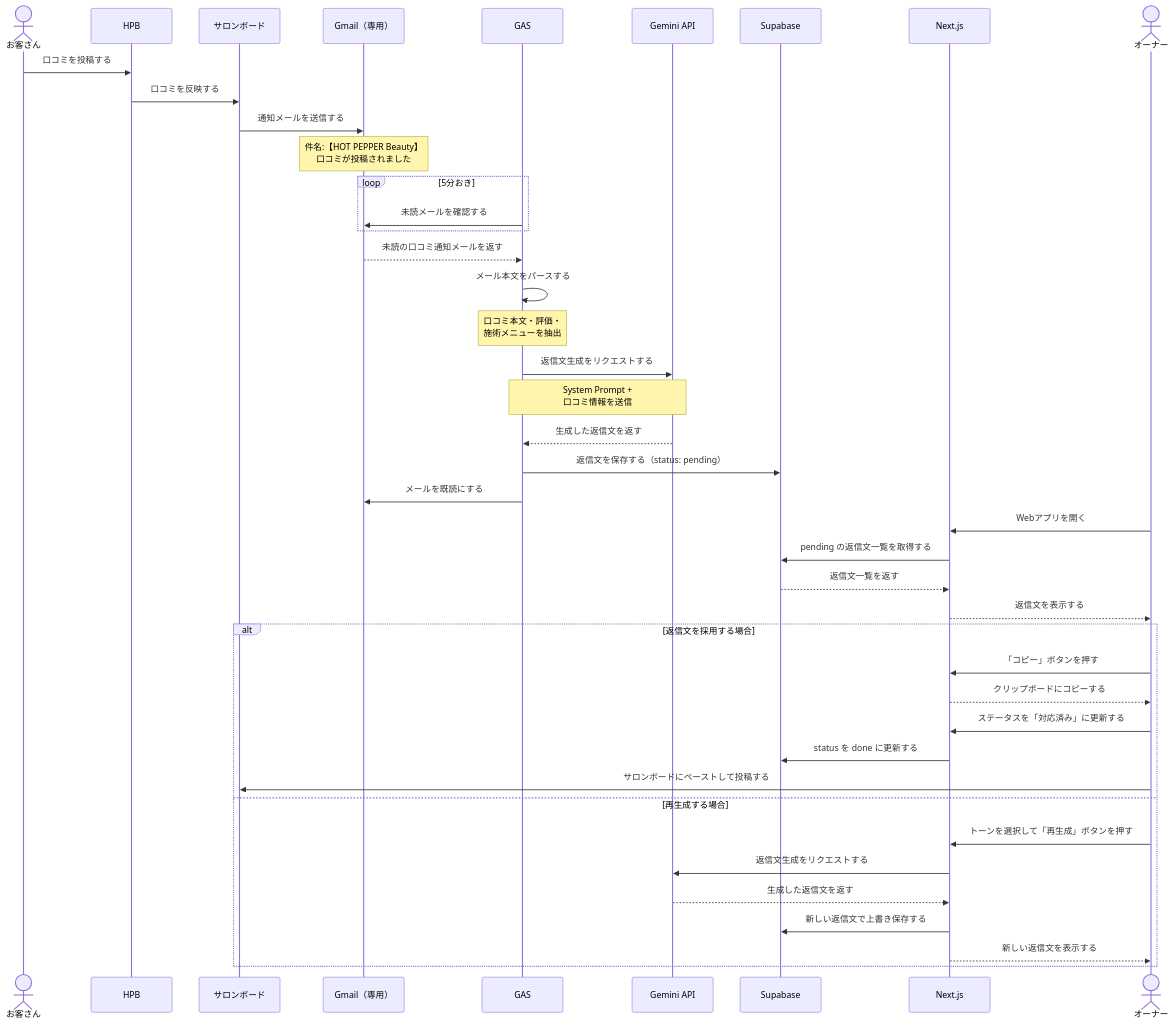
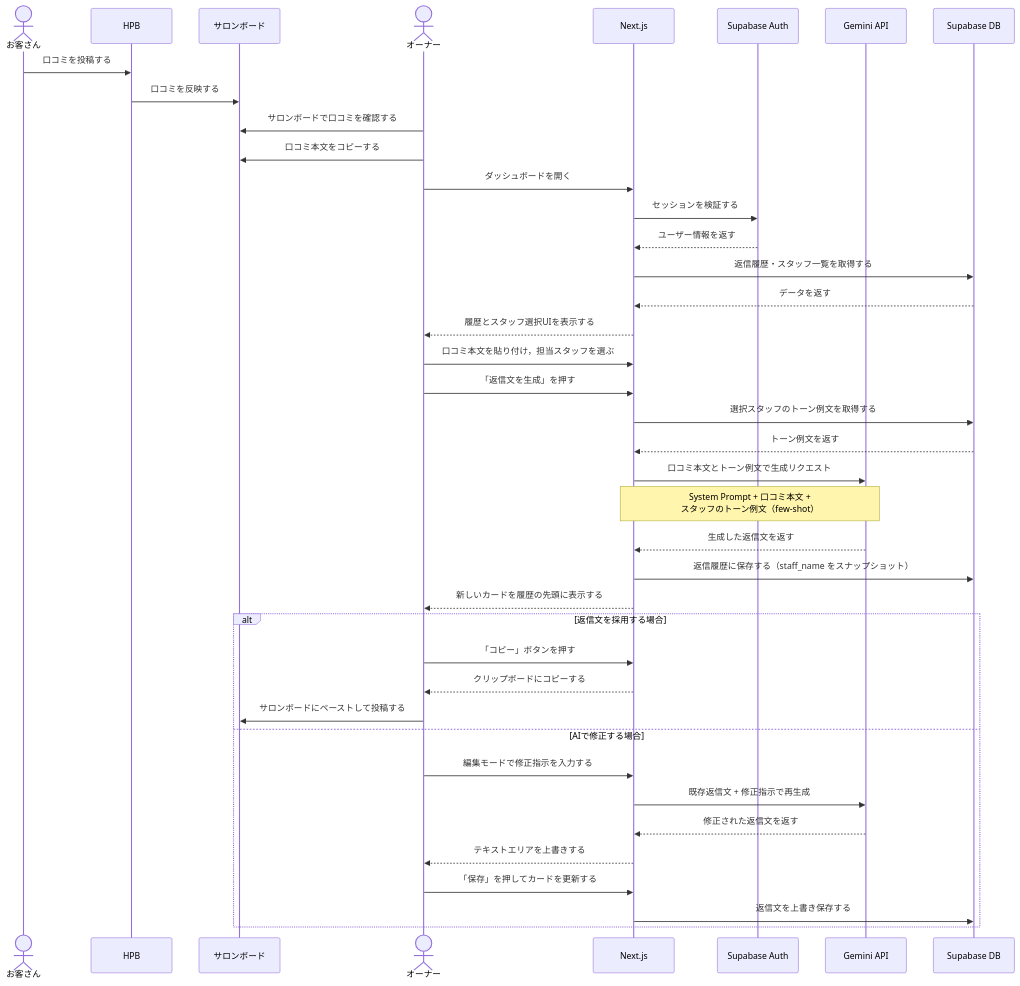
One commit to fu-mi-man/salon-ai changed the second of 3 diagrams in docs/99_research/technology/architecture.md. Above: the diagram before and after it, drawn with Mermaid. The commit also changed other lines of this file and 18 other files, not shown here.

````diff
--- a/docs/99_research/technology/architecture.md
+++ b/docs/99_research/technology/architecture.md
@@ -51,51 +40,48 @@
 ```mermaid
 sequenceDiagram
   actor Customer as お客さん
   participant HPB as HPB
   participant SB as サロンボード
-  participant Gmail as Gmail（専用）
-  participant GAS as GAS
+  actor Owner as オーナー
+  participant Web as Next.js
+  participant Auth as Supabase Auth
   participant Gemini as Gemini API
-  participant DB as Supabase
-  participant Web as Next.js
-  actor Owner as オーナー
+  participant DB as Supabase DB
 
   Customer->>HPB: 口コミを投稿する
   HPB->>SB: 口コミを反映する
-  SB->>Gmail: 通知メールを送信する
-  Note over Gmail: 件名:【HOT PEPPER Beauty】<br/>口コミが投稿されました
 
-  loop 5分おき
-    GAS->>Gmail: 未読メールを確認する
-  end
+  Owner->>SB: サロンボードで口コミを確認する
+  Owner->>SB: 口コミ本文をコピーする
 
-  Gmail-->>GAS: 未読の口コミ通知メールを返す
-  GAS->>GAS: メール本文をパースする
-  Note over GAS: 口コミ本文・評価・<br/>施術メニューを抽出
+  Owner->>Web: ダッシュボードを開く
+  Web->>Auth: セッションを検証する
+  Auth-->>Web: ユーザー情報を返す
+  Web->>DB: 返信履歴・スタッフ一覧を取得する
+  DB-->>Web: データを返す
+  Web-->>Owner: 履歴とスタッフ選択UIを表示する
 
-  GAS->>Gemini: 返信文生成をリクエストする
-  Note over GAS,Gemini: System Prompt +<br/>口コミ情報を送信
-  Gemini-->>GAS: 生成した返信文を返す
+  Owner->>Web: 口コミ本文を貼り付け，担当スタッフを選ぶ
+  Owner->>Web: 「返信文を生成」を押す
 
-  GAS->>DB: 返信文を保存する（status: pending）
-  GAS->>Gmail: メールを既読にする
-
-  Owner->>Web: Webアプリを開く
-  Web->>DB: pending の返信文一覧を取得する
-  DB-->>Web: 返信文一覧を返す
-  Web-->>Owner: 返信文を表示する
+  Web->>DB: 選択スタッフのトーン例文を取得する
+  DB-->>Web: トーン例文を返す
+  Web->>Gemini: 口コミ本文とトーン例文で生成リクエスト
+  Note over Web,Gemini: System Prompt + 口コミ本文 +<br/>スタッフのトーン例文（few-shot）
+  Gemini-->>Web: 生成した返信文を返す
+  Web->>DB: 返信履歴に保存する（staff_name をスナップショット）
+  Web-->>Owner: 新しいカードを履歴の先頭に表示する
 
   alt 返信文を採用する場合
     Owner->>Web: 「コピー」ボタンを押す
     Web-->>Owner: クリップボードにコピーする
-    Owner->>Web: ステータスを「対応済み」に更新する
-    Web->>DB: status を done に更新する
     Owner->>SB: サロンボードにペーストして投稿する
-  else 再生成する場合
-    Owner->>Web: トーンを選択して「再生成」ボタンを押す
-    Web->>Gemini: 返信文生成をリクエストする
-    Gemini-->>Web: 生成した返信文を返す
-    Web->>DB: 新しい返信文で上書き保存する
-    Web-->>Owner: 新しい返信文を表示する
+  else AIで修正する場合
+    Owner->>Web: 編集モードで修正指示を入力する
+    Web->>Gemini: 既存返信文 + 修正指示で再生成
+    Gemini-->>Web: 修正された返信文を返す
+    Web-->>Owner: テキストエリアを上書きする
+    Owner->>Web: 「保存」を押してカードを更新する
+    Web->>DB: 返信文を上書き保存する
   end
 ```
````
